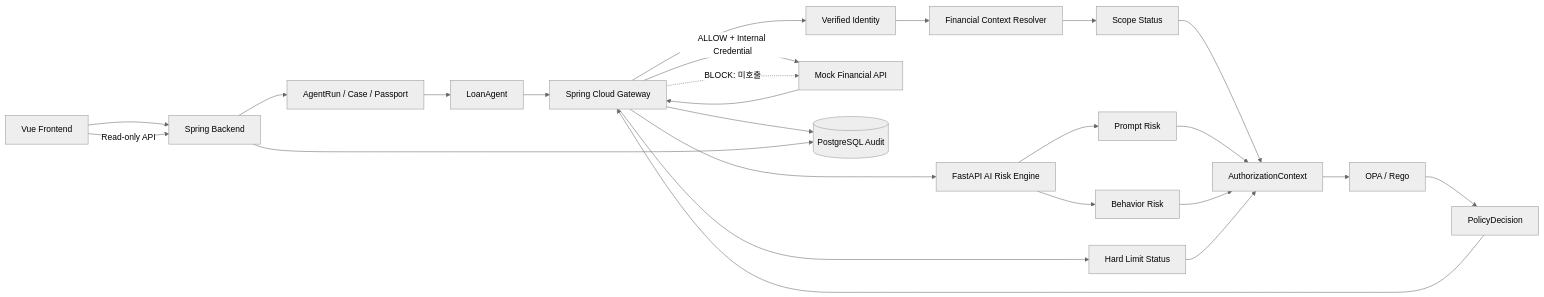
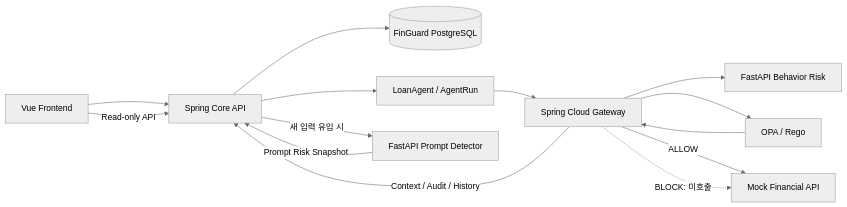
The second of 5 diagrams in docs/02-architecture.md (FinGuardName/FinBound), drawn with Mermaid (neutral theme) before and after one commit. The commit also changed other lines of this file and 23 other files, not shown here.

````diff
--- a/docs/02-architecture.md
+++ b/docs/02-architecture.md
@@ -57,36 +54,21 @@
 ```mermaid
 flowchart LR
-    UI[Vue Frontend] --> CORE[Spring Backend]
+    FE[Vue Frontend] --> CORE[Spring Core API]
+    CORE --> DB[(FinGuard PostgreSQL)]
+    CORE --> AG[LoanAgent / AgentRun]
 
-    CORE --> RUN[AgentRun / Case / Passport]
-    RUN --> AGENT[LoanAgent]
+    AG --> GW[Spring Cloud Gateway]
 
-    AGENT --> GW[Spring Cloud Gateway]
+    GW -->|Context / Audit / History| CORE
+    GW --> BEH[FastAPI Behavior Risk]
+    CORE -->|새 입력 유입 시| PR[FastAPI Prompt Detector]
+    PR -->|Prompt Risk Snapshot| CORE
 
-    GW --> AUTH[Verified Identity]
-    AUTH --> CTX[Financial Context Resolver]
-    CTX --> SCOPE[Scope Status]
+    GW --> OPA[OPA / Rego]
+    OPA --> GW
 
-    GW --> AIR[FastAPI AI Risk Engine]
-    AIR --> PR[Prompt Risk]
-    AIR --> BR[Behavior Risk]
-
-    SCOPE --> AC[AuthorizationContext]
-    PR --> AC
-    BR --> AC
-    GW --> LIMIT[Hard Limit Status]
-    LIMIT --> AC
-
-    AC --> OPA[OPA / Rego]
-    OPA --> DEC[PolicyDecision]
-    DEC --> GW
-
-    GW -->|ALLOW + Internal Credential| MF[Mock Financial API]
+    GW -->|ALLOW| MF[Mock Financial API]
     GW -.->|BLOCK: 미호출| MF
 
-    GW --> AUD[(PostgreSQL Audit)]
-    MF --> GW
-    CORE --> AUD
-
-    UI -->|Read-only API| CORE
+    FE -->|Read-only API| CORE
 ```
````
